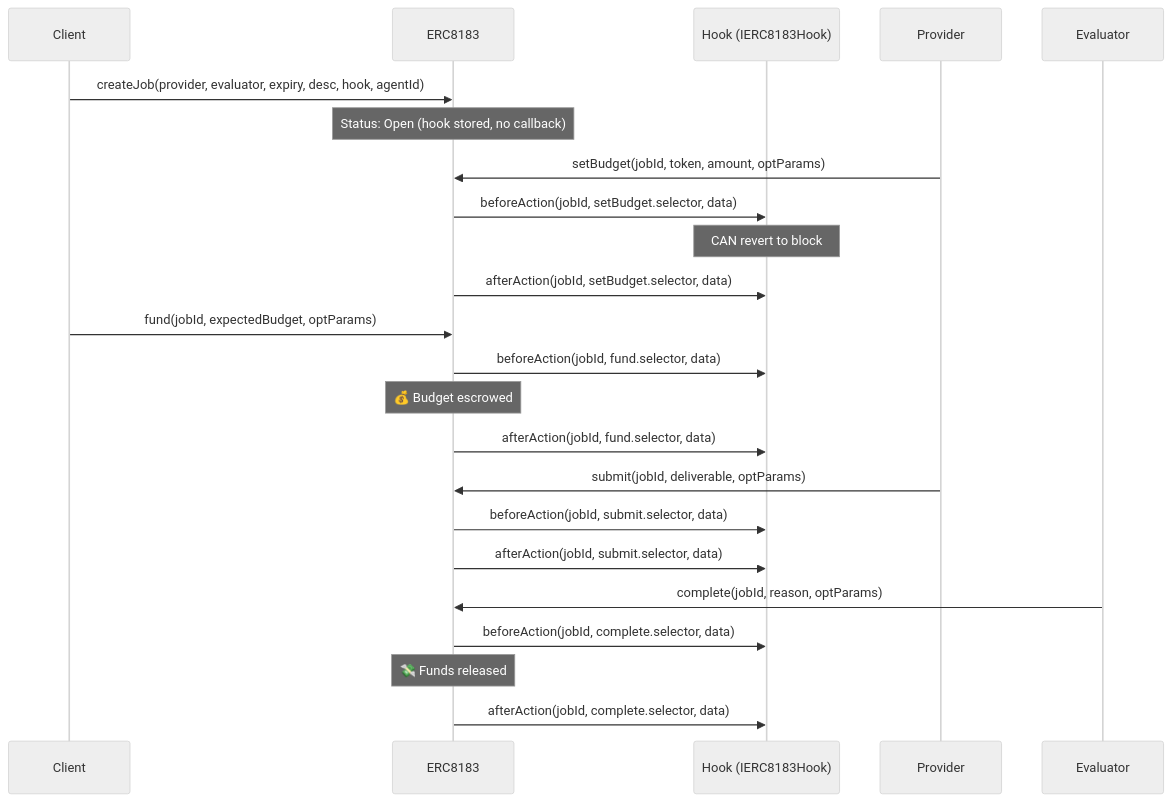
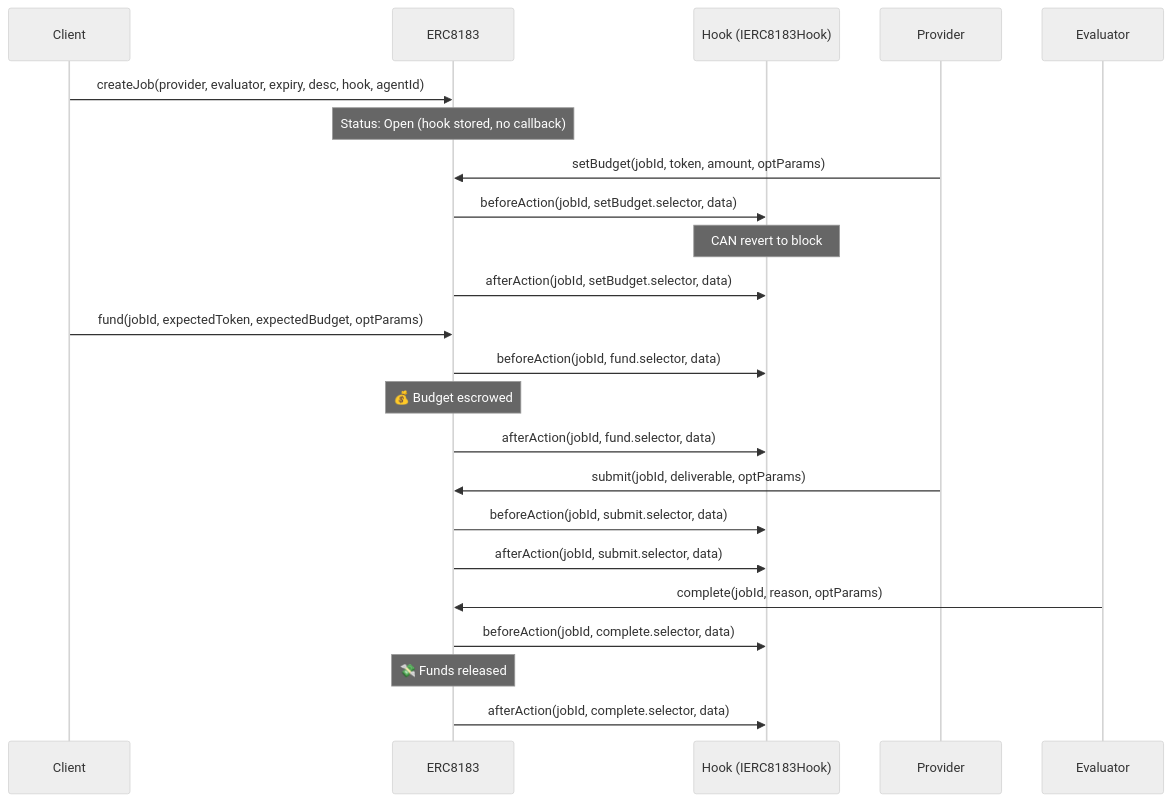
The fourth of 5 diagrams in docs/01-architecture.md (erc-8183/base-contracts), drawn with Mermaid (neutral theme) before and after one commit. The commit also changed other lines of this file and 9 other files, not shown here.

````diff
--- a/docs/01-architecture.md
+++ b/docs/01-architecture.md
@@ -96,30 +96,30 @@
 ```mermaid
 sequenceDiagram
     participant C as Client
     participant AC as ERC8183
     participant H as Hook (IERC8183Hook)
     participant P as Provider
     participant E as Evaluator
 
     C->>AC: createJob(provider, evaluator, expiry, desc, hook, agentId)
     Note over AC: Status: Open (hook stored, no callback)
 
     P->>AC: setBudget(jobId, token, amount, optParams)
     AC->>H: beforeAction(jobId, setBudget.selector, data)
     Note over H: CAN revert to block
     AC->>H: afterAction(jobId, setBudget.selector, data)
 
-    C->>AC: fund(jobId, expectedBudget, optParams)
+    C->>AC: fund(jobId, expectedToken, expectedBudget, optParams)
     AC->>H: beforeAction(jobId, fund.selector, data)
     Note over AC: 💰 Budget escrowed
     AC->>H: afterAction(jobId, fund.selector, data)
 
     P->>AC: submit(jobId, deliverable, optParams)
     AC->>H: beforeAction(jobId, submit.selector, data)
     AC->>H: afterAction(jobId, submit.selector, data)
 
     E->>AC: complete(jobId, reason, optParams)
     AC->>H: beforeAction(jobId, complete.selector, data)
     Note over AC: 💸 Funds released
     AC->>H: afterAction(jobId, complete.selector, data)
 ```
````
